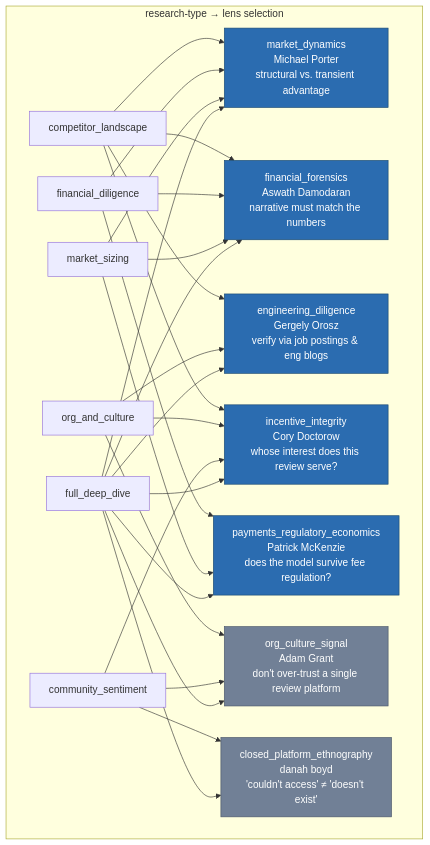
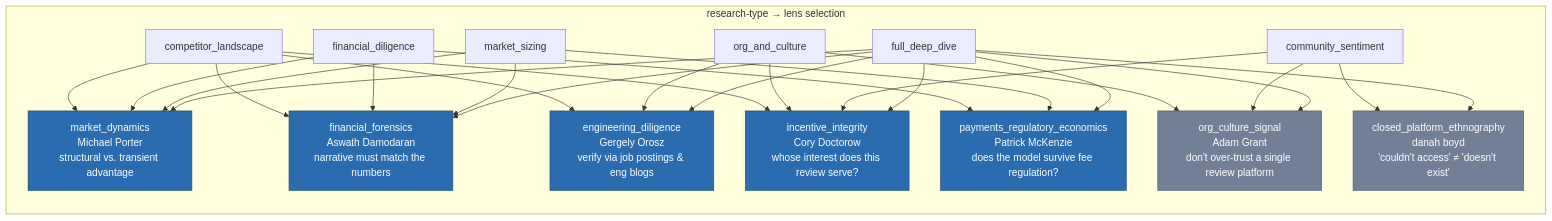
The third of 5 diagrams in README.md (Loop-Suite/research-loop), drawn with Mermaid before and after one commit. The commit also changed other lines of this file, not shown here.

First line of the commit message:
docs: switch flowchart/graph diagrams to horizontal (LR)

````diff
--- a/README.md
+++ b/README.md
@@ -134,22 +134,22 @@
 ```mermaid
-graph TD
+graph LR
     classDef tier1 fill:#2b6cb0,color:#fff,stroke:#1a4971
     classDef tier2 fill:#718096,color:#fff,stroke:#4a5568
 
     MD["market_dynamics<br/>Michael Porter<br/>structural vs. transient advantage"]:::tier1
     FF["financial_forensics<br/>Aswath Damodaran<br/>narrative must match the numbers"]:::tier1
     PR["payments_regulatory_economics<br/>Patrick McKenzie<br/>does the model survive fee regulation?"]:::tier1
     ED["engineering_diligence<br/>Gergely Orosz<br/>verify via job postings & eng blogs"]:::tier1
     II["incentive_integrity<br/>Cory Doctorow<br/>whose interest does this review serve?"]:::tier1
     OC["org_culture_signal<br/>Adam Grant<br/>don't over-trust a single review platform"]:::tier2
     CP["closed_platform_ethnography<br/>danah boyd<br/>'couldn't access' ≠ 'doesn't exist'"]:::tier2
 
     subgraph RT["research-type → lens selection"]
         RT1["competitor_landscape"] --> MD & FF & ED & II
         RT2["financial_diligence"] --> FF & MD & PR
         RT3["market_sizing"] --> MD & PR & FF
         RT4["org_and_culture"] --> OC & ED & II
         RT5["community_sentiment"] --> II & CP & OC
         RT6["full_deep_dive"] --> MD & FF & PR & ED & II & OC & CP
     end
 ```
````
